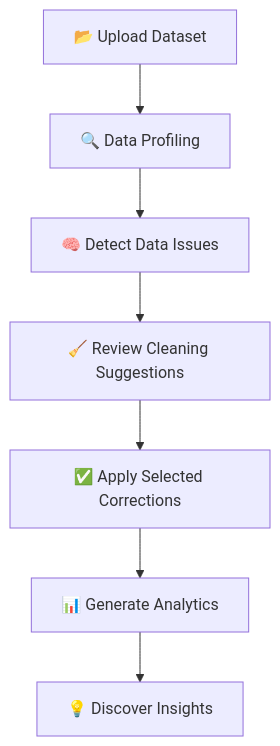
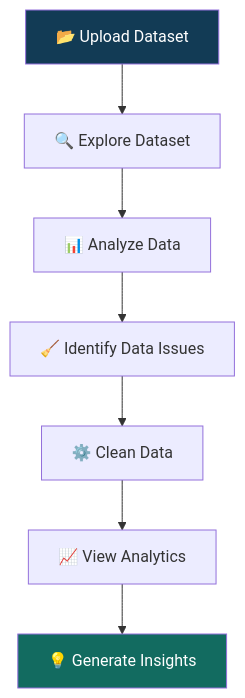
The diagram in README.md (deepanshupunjabi/DataAnalysisStudio), drawn with Mermaid before and after one commit. The commit also changed other lines of this file, not shown here.

````diff
--- a/README.md
+++ b/README.md
@@ -131,9 +130,12 @@
 ```mermaid
 flowchart TD
-    A[📂 Upload Dataset] --> B[🔍 Data Profiling]
-    B --> C[🧠 Detect Data Issues]
-    C --> D[🧹 Review Cleaning Suggestions]
-    D --> E[✅ Apply Selected Corrections]
-    E --> F[📊 Generate Analytics]
-    F --> G[💡 Discover Insights]
+    A["📂 Upload Dataset"] --> B["🔍 Explore Dataset"]
+    B --> C["📊 Analyze Data"]
+    C --> D["🧹 Identify Data Issues"]
+    D --> E["⚙️ Clean Data"]
+    E --> F["📈 View Analytics"]
+    F --> G["💡 Generate Insights"]
+
+    style A fill:#123B55,color:#fff
+    style G fill:#126B60,color:#fff
 ```
````
